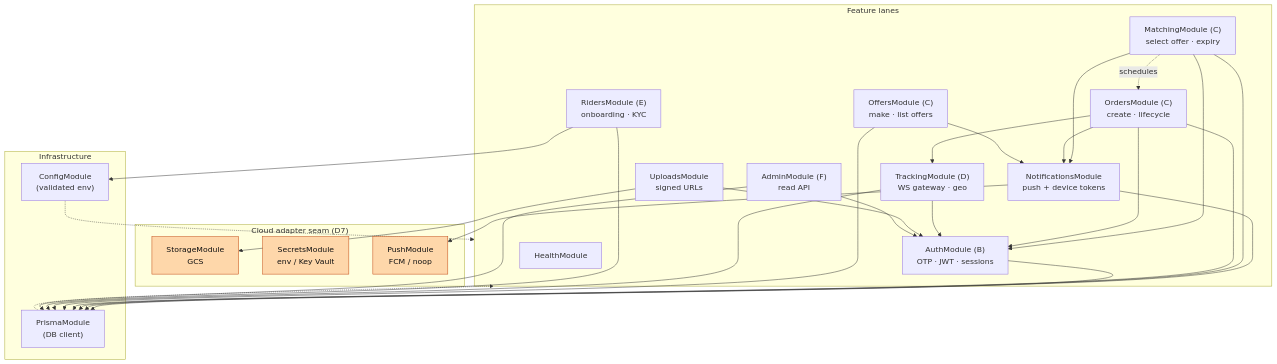
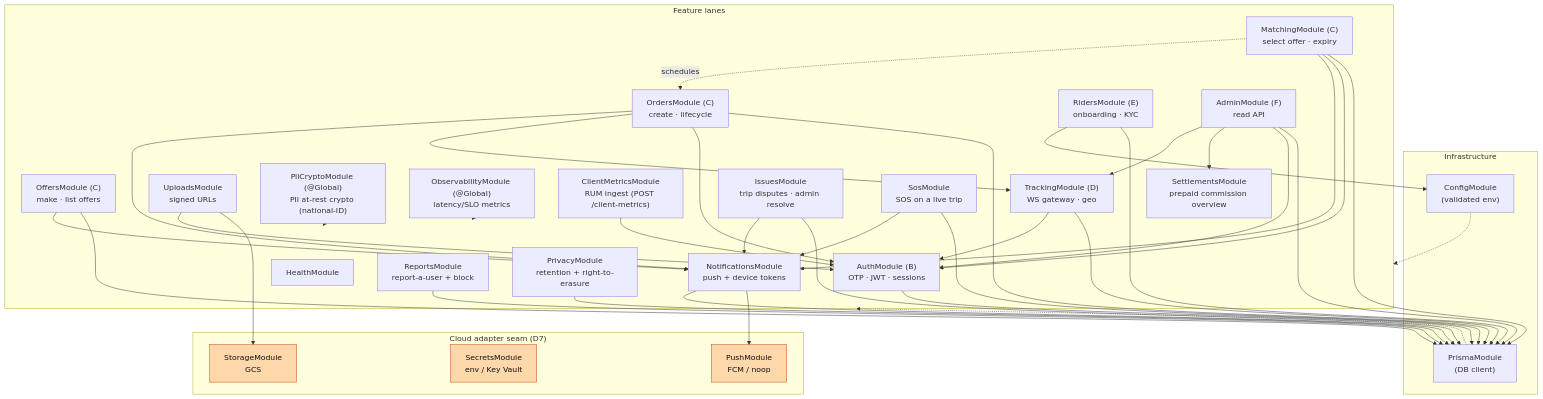
Before and after one commit to unnfazzed/Lynia: the fifth of 16 diagrams in docs/ARCHITECTURE.md, drawn with Mermaid. The commit also changed other lines of this file, not shown here.

First line of the commit message:
docs(architecture): document the trust-and-safety and ops feature lanes

````diff
--- a/docs/ARCHITECTURE.md
+++ b/docs/ARCHITECTURE.md
@@ -354,43 +354,58 @@
 ```mermaid
 graph TB
     subgraph infra["Infrastructure"]
         config["ConfigModule<br/>(validated env)"]
         prisma["PrismaModule<br/>(DB client)"]
     end
 
     subgraph seam["Cloud adapter seam (D7)"]
         storage["StorageModule<br/>GCS"]
         secrets["SecretsModule<br/>env / Key Vault"]
         push["PushModule<br/>FCM / noop"]
     end
 
     subgraph features["Feature lanes"]
         auth["AuthModule (B)<br/>OTP · JWT · sessions"]
         matching["MatchingModule (C)<br/>select offer · expiry"]
         orders["OrdersModule (C)<br/>create · lifecycle"]
         offers["OffersModule (C)<br/>make · list offers"]
         tracking["TrackingModule (D)<br/>WS gateway · geo"]
         riders["RidersModule (E)<br/>onboarding · KYC"]
         notif["NotificationsModule<br/>push + device tokens"]
         uploads["UploadsModule<br/>signed URLs"]
         admin["AdminModule (F)<br/>read API"]
         health["HealthModule"]
+        piiCrypto["PiiCryptoModule (@Global)<br/>PII at-rest crypto (national-ID)"]
+        observability["ObservabilityModule (@Global)<br/>latency/SLO metrics"]
+        clientMetrics["ClientMetricsModule<br/>RUM ingest (POST /client-metrics)"]
+        settlements["SettlementsModule<br/>prepaid commission overview"]
+        issues["IssuesModule<br/>trip disputes · admin resolve"]
+        reports["ReportsModule<br/>report-a-user + block"]
+        sos["SosModule<br/>SOS on a live trip"]
+        privacy["PrivacyModule<br/>retention + right-to-erasure"]
     end
 
     auth --> prisma
     notif --> push & prisma
     matching --> prisma & auth & notif
     orders --> prisma & auth & tracking & notif
     offers --> prisma & notif
     tracking --> prisma & auth
     riders --> prisma & config
     uploads --> storage & auth
-    admin --> prisma & auth
+    admin --> prisma & auth & settlements & tracking
     matching -.->|schedules| orders
+    clientMetrics --> auth
+    issues --> prisma & notif
+    reports --> prisma
+    sos --> prisma & notif
+    privacy --> prisma
 
     config -.-> features
     prisma -.-> features
+    piiCrypto -.-> features
+    observability -.-> features
 
     classDef seamc fill:#fed7aa,stroke:#c2410c,color:#111;
     class storage,secrets,push seamc;
 ```
````
